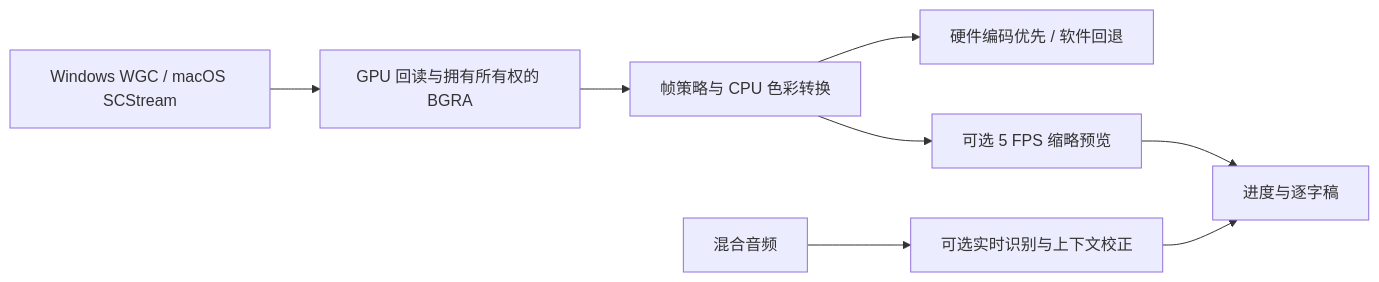
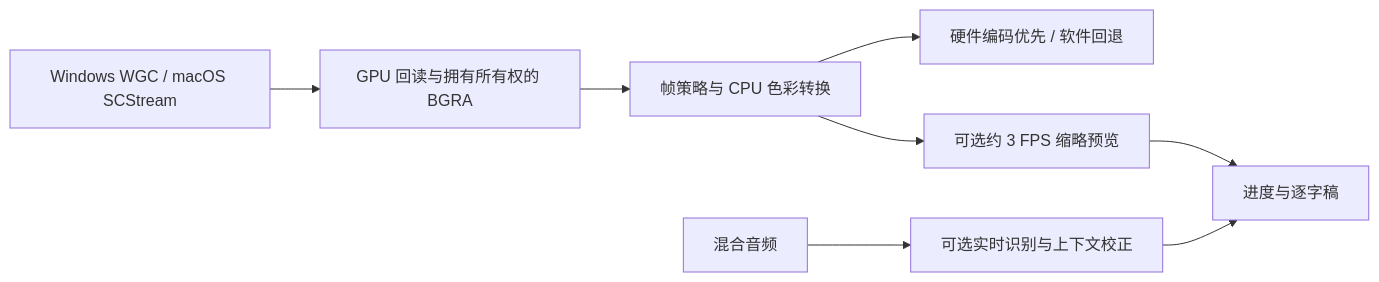
The diagram in docs/performance-review.md (NOBB2333/meeting_summary), drawn with Mermaid before and after one commit. The commit also changed other lines of this file and 39 other files, not shown here.

````diff
--- a/docs/performance-review.md
+++ b/docs/performance-review.md
@@ -9,10 +9,10 @@
 ```mermaid
 flowchart LR
   Capture[Windows WGC / macOS SCStream] --> Readback[GPU 回读与拥有所有权的 BGRA]
   Readback --> Policy[帧策略与 CPU 色彩转换]
   Policy --> Encoder[硬件编码优先 / 软件回退]
-  Policy --> Preview[可选 5 FPS 缩略预览]
+  Policy --> Preview[可选约 3 FPS 缩略预览]
   Audio[混合音频] --> ASR[可选实时识别与上下文校正]
   ASR --> UI[进度与逐字稿]
   Preview --> UI
 ```
````
